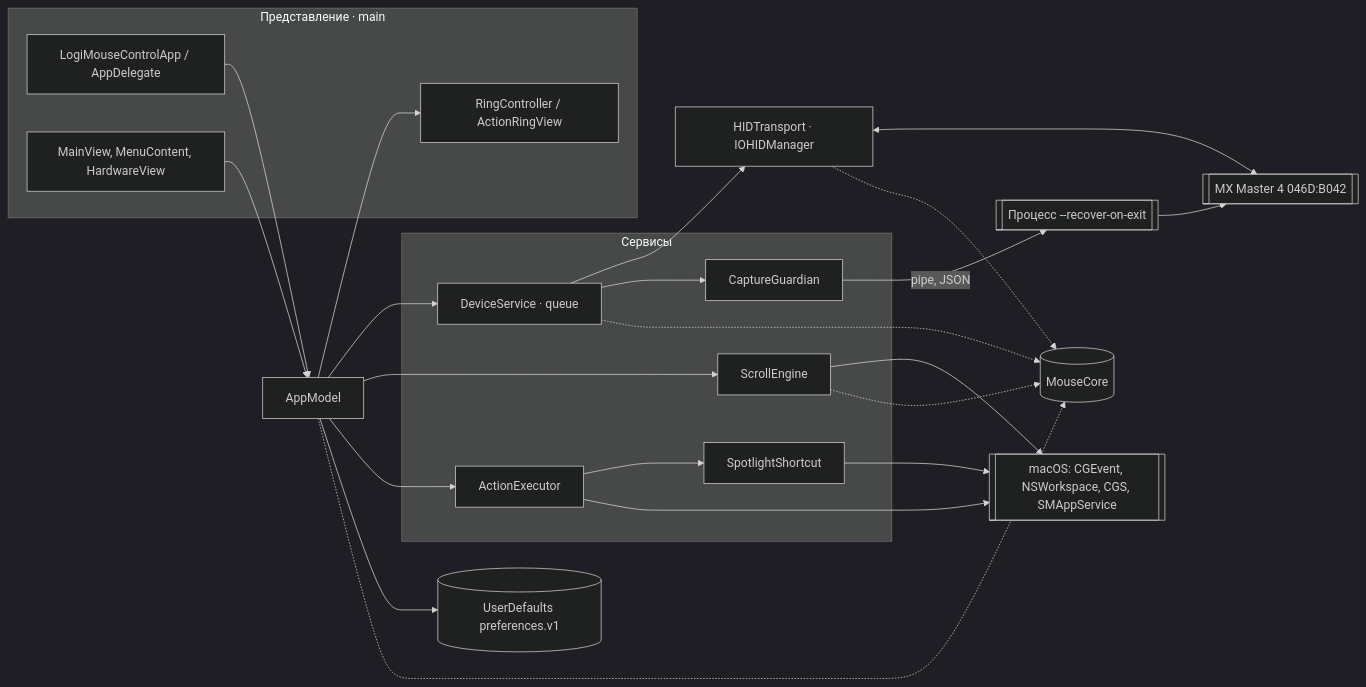
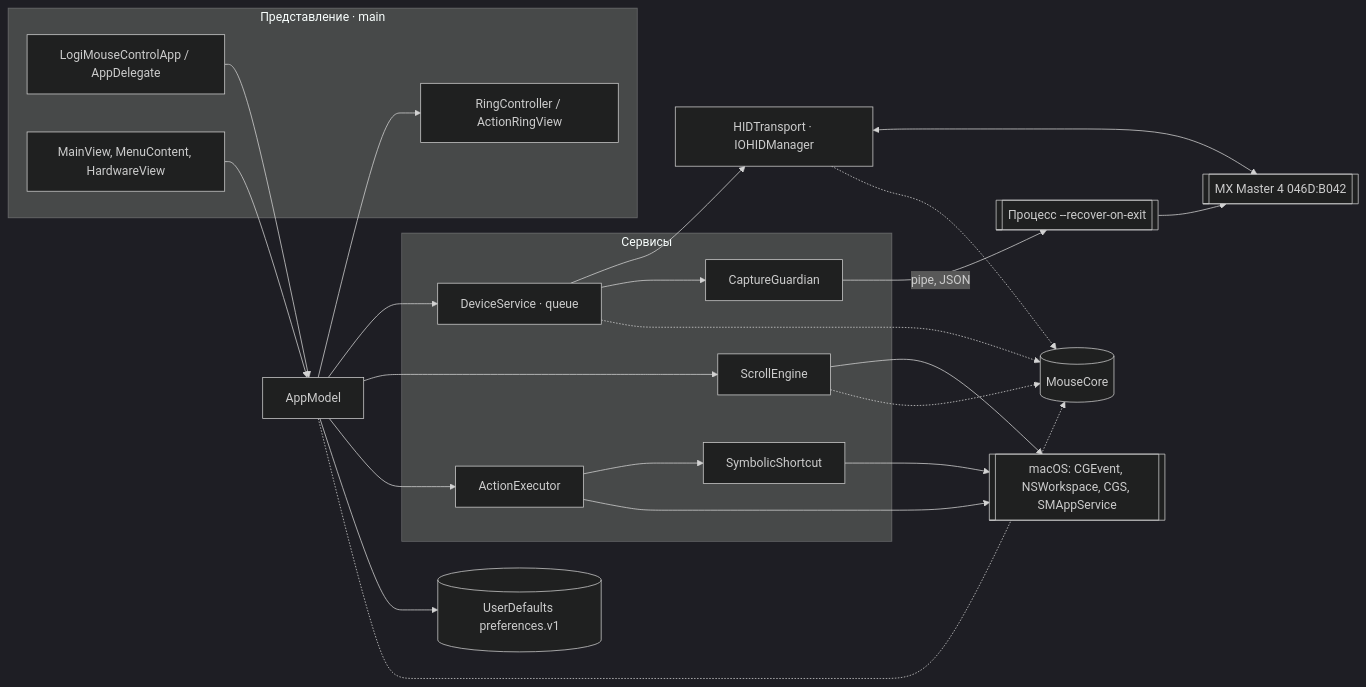
The first of 5 diagrams in docs/specs/architecture.md (Hogonov/LogiMouseControl), drawn with Mermaid (dark theme) before and after one commit. The commit also changed other lines of this file and 20 other files, not shown here.

Commit message:
Refactor SpotlightShortcut to SymbolicShortcut for generalized symbolic hotkey support, including fallback bindings and modular API design updates. Update related tests and documentation accordingly.

````diff
--- a/docs/specs/architecture.md
+++ b/docs/specs/architecture.md
@@ -69,42 +69,42 @@
 ```mermaid
 flowchart LR
   subgraph UI["Представление · main"]
     App["LogiMouseControlApp / AppDelegate"]
     Views["MainView, MenuContent, HardwareView"]
     Ring["RingController / ActionRingView"]
   end
   Model["AppModel"]
   subgraph Services["Сервисы"]
     DS["DeviceService · queue"]
     SE["ScrollEngine"]
     AE["ActionExecutor"]
-    SS["SpotlightShortcut"]
+    SS["SymbolicShortcut"]
     CG["CaptureGuardian"]
   end
   T["HIDTransport · IOHIDManager"]
   Core[("MouseCore")]
   UD[("UserDefaults preferences.v1")]
   Mouse[["MX Master 4 046D:B042"]]
   Child[["Процесс --recover-on-exit"]]
   OS[["macOS: CGEvent, NSWorkspace, CGS, SMAppService"]]
   App --> Model
   Views --> Model
   Model --> Ring
   Model --> DS
   Model --> SE
   Model --> AE
   Model --> UD
   AE --> SS
   AE --> OS
   SS --> OS
   SE --> OS
   DS --> T
   DS --> CG
   CG -- "pipe, JSON" --> Child
   Child --> Mouse
   T <--> Mouse
   Model -.-> Core
   DS -.-> Core
   SE -.-> Core
   T -.-> Core
 ```
````
